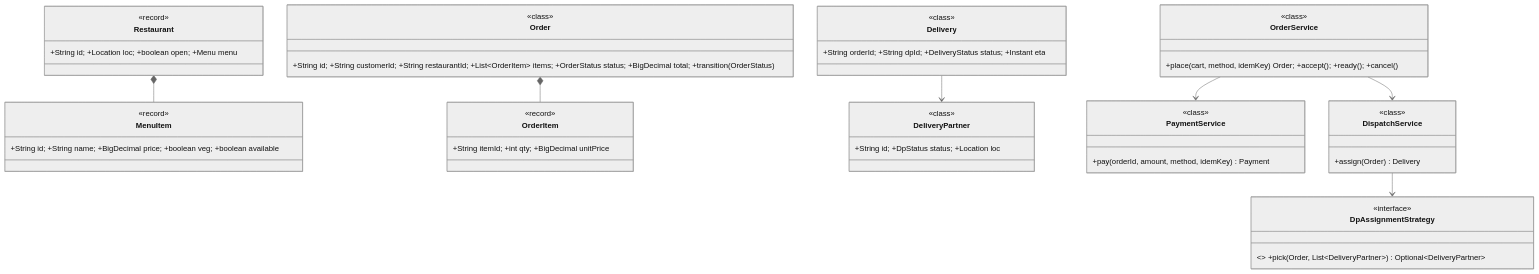
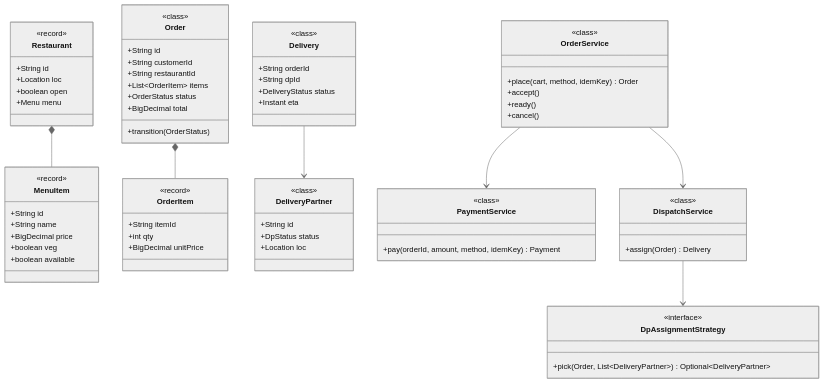
Before and after one commit to amarkum/amarkumar.guru: the first of 2 diagrams in system-design/lld/21-food-delivery.md, drawn with Mermaid (neutral theme). The commit also changed other lines of this file and 27 other files, not shown here.

````diff
--- a/system-design/lld/21-food-delivery.md
+++ b/system-design/lld/21-food-delivery.md
@@ -42,15 +42,59 @@
 ```mermaid
 classDiagram
-    class Restaurant { +String id; +Location loc; +boolean open; +Menu menu }
-    class MenuItem { +String id; +String name; +BigDecimal price; +boolean veg; +boolean available }
-    class Order { +String id; +String customerId; +String restaurantId; +List~OrderItem~ items; +OrderStatus status; +BigDecimal total; +transition(OrderStatus) }
-    class OrderItem { +String itemId; +int qty; +BigDecimal unitPrice }
-    class DeliveryPartner { +String id; +DpStatus status; +Location loc }
-    class Delivery { +String orderId; +String dpId; +DeliveryStatus status; +Instant eta }
-    class DpAssignmentStrategy { <<interface>> +pick(Order, List~DeliveryPartner~) Optional~DeliveryPartner~ }
-    class PaymentService { +pay(orderId, amount, method, idemKey) Payment }
-    class OrderService { +place(cart, method, idemKey) Order; +accept(); +ready(); +cancel() }
-    class DispatchService { +assign(Order) Delivery }
+    class Restaurant {
+      +String id
+      +Location loc
+      +boolean open
+      +Menu menu
+    }
+    class MenuItem {
+      +String id
+      +String name
+      +BigDecimal price
+      +boolean veg
+      +boolean available
+    }
+    class Order {
+      +String id
+      +String customerId
+      +String restaurantId
+      +List~OrderItem~ items
+      +OrderStatus status
+      +BigDecimal total
+      +transition(OrderStatus)
+    }
+    class OrderItem {
+      +String itemId
+      +int qty
+      +BigDecimal unitPrice
+    }
+    class DeliveryPartner {
+      +String id
+      +DpStatus status
+      +Location loc
+    }
+    class Delivery {
+      +String orderId
+      +String dpId
+      +DeliveryStatus status
+      +Instant eta
+    }
+    class DpAssignmentStrategy {
+      <<interface>>
+      +pick(Order, List~DeliveryPartner~) Optional~DeliveryPartner~
+    }
+    class PaymentService {
+      +pay(orderId, amount, method, idemKey) Payment
+    }
+    class OrderService {
+      +place(cart, method, idemKey) Order
+      +accept()
+      +ready()
+      +cancel()
+    }
+    class DispatchService {
+      +assign(Order) Delivery
+    }
     Restaurant *-- MenuItem
     Order *-- OrderItem
     OrderService --> PaymentService
````
